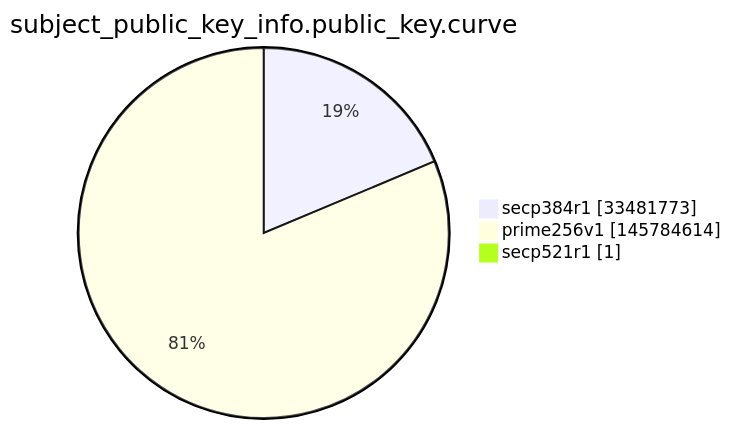
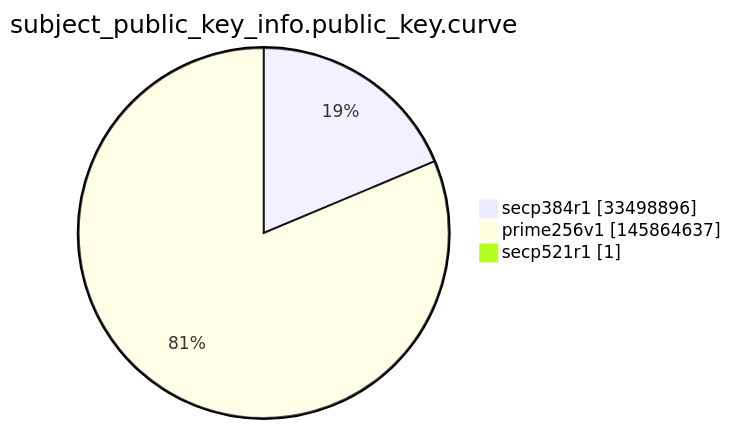
The ninth of 15 diagrams in argon2022/README.md (christiankrug/ctmonitor_visualization), drawn with Mermaid before and after one commit. The commit also changed other lines of this file, not shown here.

````diff
--- a/argon2022/README.md
+++ b/argon2022/README.md
@@ -2764,7 +2764,7 @@
 ```mermaid
 pie showData
 title subject_public_key_info.public_key.curve
-"secp384r1" :33481773
-"prime256v1" :145784614
+"secp384r1" :33498896
+"prime256v1" :145864637
 "secp521r1" :1
 ```
````
